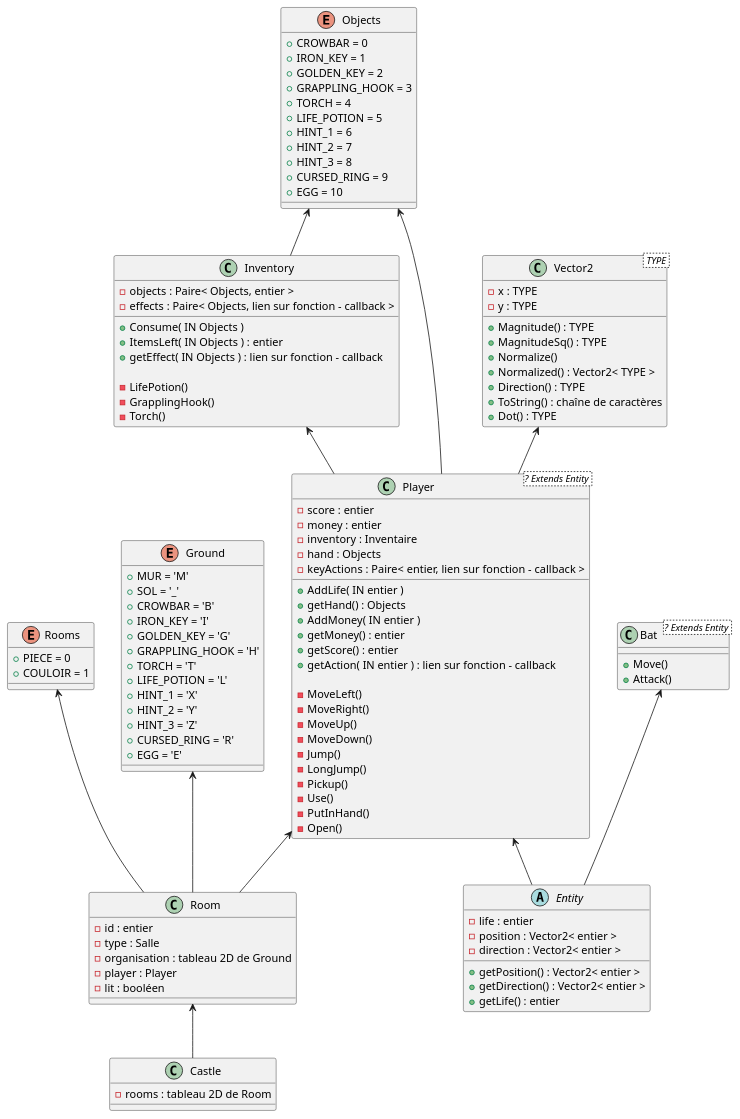
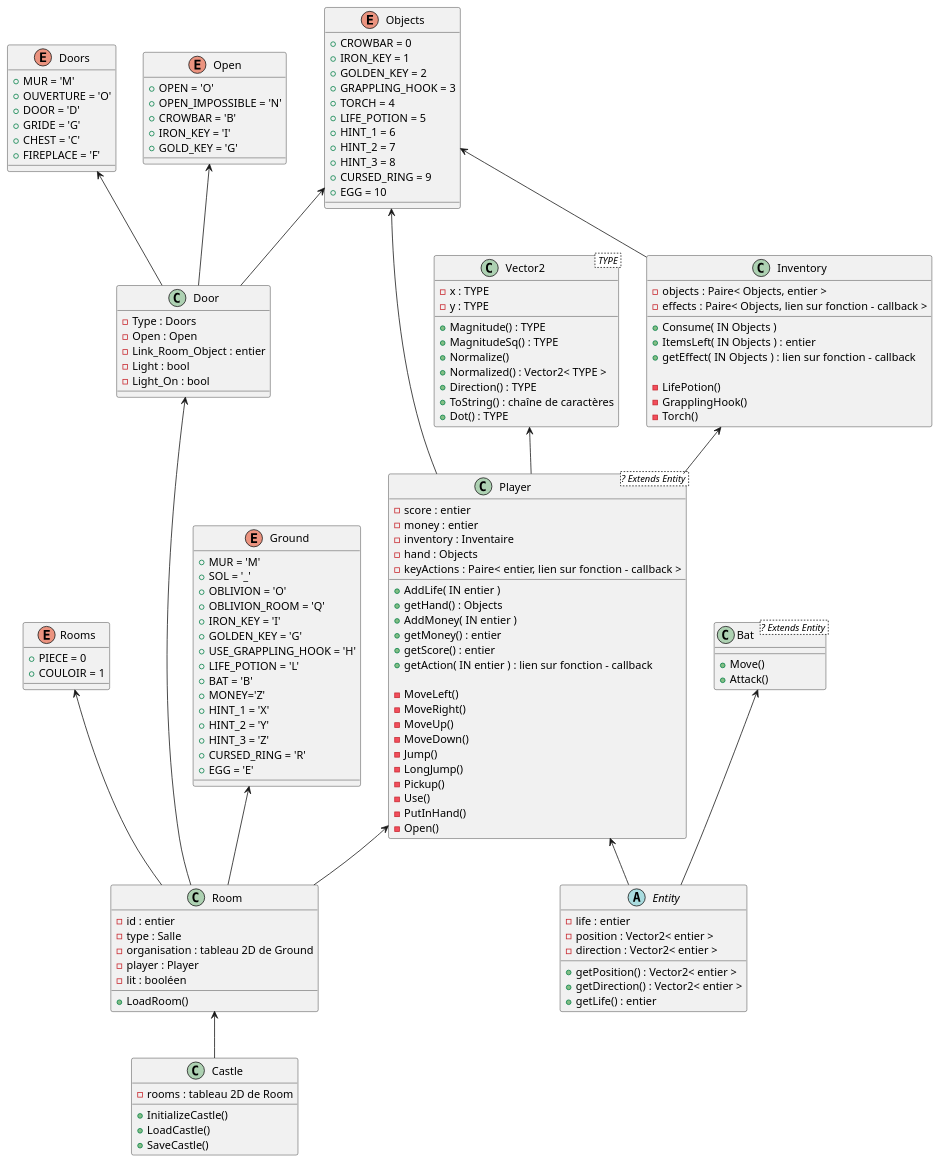
One commit to Serdok/GoldenPhoenix changed the diagram in doc/diagrams/Class.puml. Above: the diagram before and after it, drawn with PlantUML.

Commit message:
mise a jour graph class

```diff
--- a/doc/diagrams/Class.puml
+++ b/doc/diagrams/Class.puml
@@ -1,142 +1,183 @@
 @startuml
 
 Inventory <-- Player
 Room <-- Castle
 Objects <-- Inventory
 Vector2 <-- Player
 Rooms <-- Room
 Ground <-- Room
 Player <-- Room
 Objects <-- Player
 Player <-- Entity
 Bat <-- Entity
+Door <-- Room
+Objects <-- Door
+Doors <-- Door
+Open <-- Door 
 
 class Vector2< TYPE >
 {
     - x : TYPE
     - y : TYPE
 
     + Magnitude() : TYPE
     + MagnitudeSq() : TYPE
     + Normalize()
     + Normalized() : Vector2< TYPE >
     + Direction() : TYPE
     + ToString() : chaîne de caractères
     + Dot() : TYPE
 }
 
 class Player <? Extends Entity >
 {
     - score : entier
     - money : entier
     - inventory : Inventaire
     - hand : Objects
     - keyActions : Paire< entier, lien sur fonction - callback >
 
     + AddLife( IN entier )
     + getHand() : Objects
     + AddMoney( IN entier )
     + getMoney() : entier
     + getScore() : entier
     + getAction( IN entier ) : lien sur fonction - callback
 
     - MoveLeft()
     - MoveRight()
     - MoveUp()
     - MoveDown()
     - Jump()
     - LongJump()
     - Pickup()
     - Use()
     - PutInHand()
     - Open()
 }
 
 class Inventory
 {
     - objects : Paire< Objects, entier >
     - effects : Paire< Objects, lien sur fonction - callback >
 
     + Consume( IN Objects )
     + ItemsLeft( IN Objects ) : entier
     + getEffect( IN Objects ) : lien sur fonction - callback
 
     - LifePotion()
     - GrapplingHook()
     - Torch()
 }
 
 abstract class Entity
 {
     - life : entier
     - position : Vector2< entier >
     - direction : Vector2< entier >
 
     + getPosition() : Vector2< entier >
     + getDirection() : Vector2< entier >
     + getLife() : entier
 }
 
 class Bat <? Extends Entity >
 {
     + Move()
     + Attack()
 }
 
 enum Objects
 {
     + CROWBAR = 0
     + IRON_KEY = 1
     + GOLDEN_KEY = 2
     + GRAPPLING_HOOK = 3
     + TORCH = 4
     + LIFE_POTION = 5
     + HINT_1 = 6
     + HINT_2 = 7
     + HINT_3 = 8
     + CURSED_RING = 9
     + EGG = 10
 }
 
 class Castle
 {
     - rooms : tableau 2D de Room
+
+	+ InitializeCastle()
+	+ LoadCastle()
+	+ SaveCastle()
 }
 
 enum Rooms
 {
     + PIECE = 0
     + COULOIR = 1
 }
 
 enum Ground
 {
     + MUR = 'M'
     + SOL = '_'
-    + CROWBAR = 'B'
+	+ OBLIVION = 'O'
+	+ OBLIVION_ROOM = 'Q' 
     + IRON_KEY = 'I'
     + GOLDEN_KEY = 'G'
-    + GRAPPLING_HOOK = 'H'
-    + TORCH = 'T'
+    + USE_GRAPPLING_HOOK = 'H'
     + LIFE_POTION = 'L'
+	+ BAT = 'B'
+	+ MONEY='Z'
     + HINT_1 = 'X'
     + HINT_2 = 'Y'
     + HINT_3 = 'Z'
     + CURSED_RING = 'R'
     + EGG = 'E'
+}
+
+enum Doors
+{
+	+ MUR = 'M'
+	+ OUVERTURE = 'O'
+	+ DOOR = 'D'
+	+ GRIDE = 'G'
+	+ CHEST = 'C'
+	+ FIREPLACE = 'F'
+}
+
+enum Open
+{
+	+ OPEN = 'O'
+	+ OPEN_IMPOSSIBLE = 'N'
+	+ CROWBAR = 'B'
+	+ IRON_KEY = 'I'
+	+ GOLD_KEY = 'G'
+}
+
+class Door
+{
+	- Type : Doors
+	- Open : Open
+	- Link_Room_Object : entier
+	- Light : bool 
+	- Light_On : bool 
 }
 
 class Room
 {
     - id : entier
     - type : Salle
     - organisation : tableau 2D de Ground
     - player : Player
     - lit : booléen
+
+	+ LoadRoom()
 }
 
 
 
 
 
+
 @enduml
```
